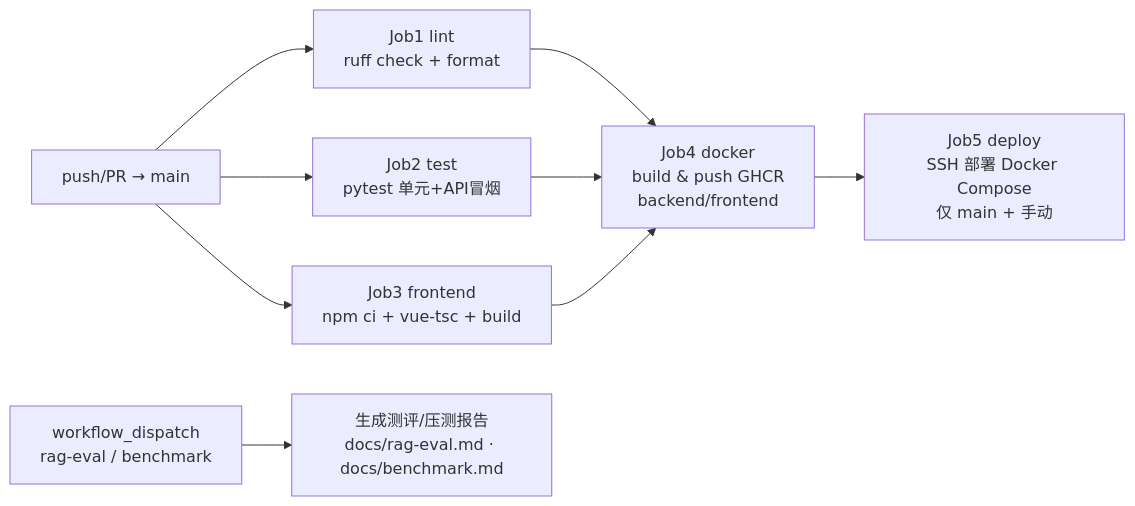
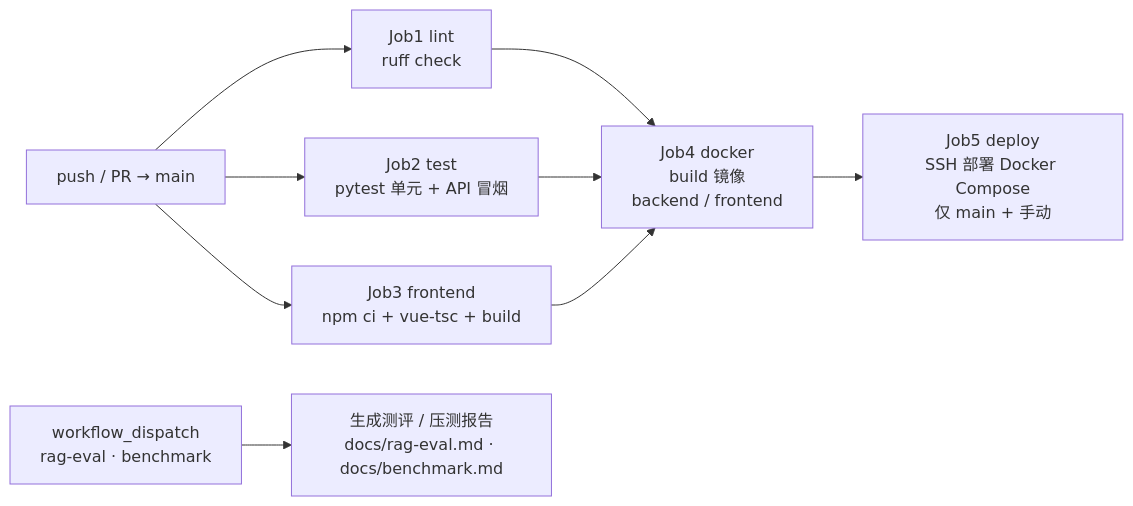
Before and after one commit to wangn-tech/contract-review: the sixth of 6 diagrams in docs/DESIGN.md, drawn with Mermaid. The commit also changed other lines of this file and 3 other files, not shown here.

Commit message:
docs: fix mermaid rendering (quoted labels), add DB schema design with E-R diagram, normalize architecture diagrams, extend golden set to 58 cases, add quickstart guide

````diff
--- a/docs/DESIGN.md
+++ b/docs/DESIGN.md
@@ -265,9 +418,9 @@
 ```mermaid
 flowchart LR
-    PUSH[push/PR → main] --> LINT[Job1 lint<br/>ruff check + format]
-    PUSH --> TEST[Job2 test<br/>pytest 单元+API冒烟]
-    PUSH --> FE[Job3 frontend<br/>npm ci + vue-tsc + build]
-    LINT & TEST & FE --> IMG[Job4 docker<br/>build & push GHCR<br/>backend/frontend]
-    IMG --> DEPLOY[Job5 deploy<br/>SSH 部署 Docker Compose<br/>仅 main + 手动]
-    MAN[workflow_dispatch<br/>rag-eval / benchmark] --> RPT[生成测评/压测报告<br/>docs/rag-eval.md · docs/benchmark.md]
+    PUSH["push / PR → main"] --> LINT["Job1 lint<br/>ruff check"]
+    PUSH --> TEST["Job2 test<br/>pytest 单元 + API 冒烟"]
+    PUSH --> FE["Job3 frontend<br/>npm ci + vue-tsc + build"]
+    LINT & TEST & FE --> IMG["Job4 docker<br/>build 镜像<br/>backend / frontend"]
+    IMG --> DEPLOY["Job5 deploy<br/>SSH 部署 Docker Compose<br/>仅 main + 手动"]
+    MAN["workflow_dispatch<br/>rag-eval · benchmark"] --> RPT["生成测评 / 压测报告<br/>docs/rag-eval.md · docs/benchmark.md"]
 ```
````
